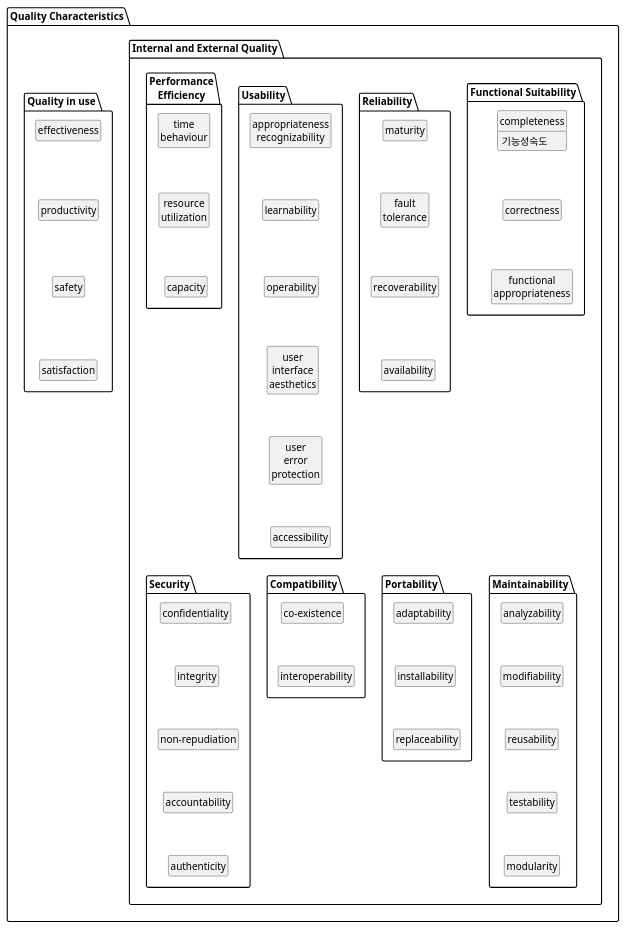
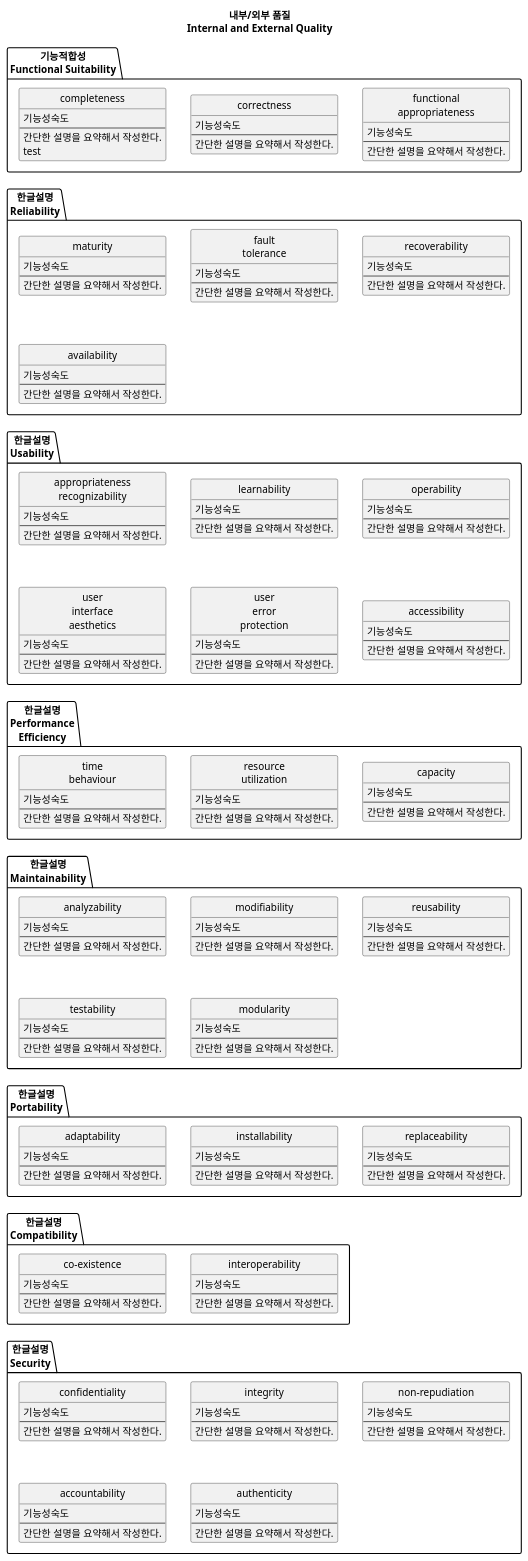
The fifth of 7 diagrams in _drafts/2017/2017-05-23-software-quality.md (vomvoru/vomvoru.github.io), drawn with PlantUML before and after one commit. The commit also changed other lines of this file and 1 other file, not shown here.

````diff
--- a/_drafts/2017/2017-05-23-software-quality.md
+++ b/_drafts/2017/2017-05-23-software-quality.md
@@ -27,105 +100,219 @@
 ```plantuml
 @startuml
 
-package "Quality Characteristics" {
-    package "Internal and External Quality" {
-        package "Functional Suitability" {
-            class "completeness"{
-                기능성숙도
-            }
-            class "correctness"
-            class "functional\nappropriateness"
-        }
-        package "Reliability" {
-            class "maturity"
-            class "fault\ntolerance"
-            class "recoverability"
-            class "availability"
-        }
-        package "Usability" {
-            class "appropriateness\nrecognizability"
-            class "learnability"
-            class "operability"
-            class "user\ninterface\naesthetics"
-            class "user\nerror\nprotection"
-            class "accessibility"
-        }
-        package "Performance\nEfficiency" {
-            class "time\nbehaviour"
-            class "resource\nutilization"
-            class "capacity"
-        }
-        package "Maintainability" {
-            class "analyzability"
-            class "modifiability"
-            class "reusability"
-            class "testability"
-            class "modularity"
-        }
-        package "Portability" {
-            class "adaptability"
-            class "installability"
-            class "replaceability"
-        }
-        package "Compatibility" {
-            class "co-existence"
-            class "interoperability"
-        }
-        package "Security" {
-            class "confidentiality"
-            class "integrity"
-            class "non-repudiation"
-            class "accountability"
-            class "authenticity"
-        }
+Title "내부/외부 품질\nInternal and External Quality"
+
+package "기능적합성\nFunctional Suitability" {
+    class "completeness"{
+        기능성숙도
+        --
+        간단한 설명을 요약해서 작성한다.
+        test
     }
-    package "Quality in use" {
-        class "effectiveness"
-        class "productivity"
-        class "safety"
-        class "satisfaction"
+    class "correctness"{
+        기능성숙도
+        --
+        간단한 설명을 요약해서 작성한다.
+    }
+    class "functional\nappropriateness"{
+        기능성숙도
+        --
+        간단한 설명을 요약해서 작성한다.
+    }
+}
+package "한글설명\nReliability" {
+    class "maturity"{
+        기능성숙도
+        --
+        간단한 설명을 요약해서 작성한다.
+    }
+    class "fault\ntolerance"{
+        기능성숙도
+        --
+        간단한 설명을 요약해서 작성한다.
+    }
+    class "recoverability"{
+        기능성숙도
+        --
+        간단한 설명을 요약해서 작성한다.
+    }
+    class "availability"{
+        기능성숙도
+        --
+        간단한 설명을 요약해서 작성한다.
+    }
+}
+package "한글설명\nUsability" {
+    class "appropriateness\nrecognizability"{
+        기능성숙도
+        --
+        간단한 설명을 요약해서 작성한다.
+    }
+    class "learnability"{
+        기능성숙도
+        --
+        간단한 설명을 요약해서 작성한다.
+    }
+    class "operability"{
+        기능성숙도
+        --
+        간단한 설명을 요약해서 작성한다.
+    }
+    class "user\ninterface\naesthetics"{
+        기능성숙도
+        --
+        간단한 설명을 요약해서 작성한다.
+    }
+    class "user\nerror\nprotection"{
+        기능성숙도
+        --
+        간단한 설명을 요약해서 작성한다.
+    }
+    class "accessibility"{
+        기능성숙도
+        --
+        간단한 설명을 요약해서 작성한다.
+    }
+}
+package "한글설명\nPerformance\nEfficiency" {
+    class "time\nbehaviour"{
+        기능성숙도
+        --
+        간단한 설명을 요약해서 작성한다.
+    }
+    class "resource\nutilization"{
+        기능성숙도
+        --
+        간단한 설명을 요약해서 작성한다.
+    }
+    class "capacity"{
+        기능성숙도
+        --
+        간단한 설명을 요약해서 작성한다.
+    }
+}
+package "한글설명\nMaintainability" {
+    class "analyzability"{
+        기능성숙도
+        --
+        간단한 설명을 요약해서 작성한다.
+    }
+    class "modifiability"{
+        기능성숙도
+        --
+        간단한 설명을 요약해서 작성한다.
+    }
+    class "reusability"{
+        기능성숙도
+        --
+        간단한 설명을 요약해서 작성한다.
+    }
+    class "testability"{
+        기능성숙도
+        --
+        간단한 설명을 요약해서 작성한다.
+    }
+    class "modularity"{
+        기능성숙도
+        --
+        간단한 설명을 요약해서 작성한다.
+    }
+}
+package "한글설명\nPortability" {
+    class "adaptability"{
+        기능성숙도
+        --
+        간단한 설명을 요약해서 작성한다.
+    }
+    class "installability"{
+        기능성숙도
+        --
+        간단한 설명을 요약해서 작성한다.
+    }
+    class "replaceability"{
+        기능성숙도
+        --
+        간단한 설명을 요약해서 작성한다.
+    }
+}
+package "한글설명\nCompatibility" {
+    class "co-existence"{
+        기능성숙도
+        --
+        간단한 설명을 요약해서 작성한다.
+    }
+    class "interoperability"{
+        기능성숙도
+        --
+        간단한 설명을 요약해서 작성한다.
+    }
+}
+package "한글설명\nSecurity" {
+    class "confidentiality"{
+        기능성숙도
+        --
+        간단한 설명을 요약해서 작성한다.
+    }
+    class "integrity"{
+        기능성숙도
+        --
+        간단한 설명을 요약해서 작성한다.
+    }
+    class "non-repudiation"{
+        기능성숙도
+        --
+        간단한 설명을 요약해서 작성한다.
+    }
+    class "accountability"{
+        기능성숙도
+        --
+        간단한 설명을 요약해서 작성한다.
+    }
+    class "authenticity"{
+        기능성숙도
+        --
+        간단한 설명을 요약해서 작성한다.
     }
 }
 
-"effectiveness" -[hidden]-> "productivity"
-"productivity" -[hidden]-> "safety"
-"safety" -[hidden]-> "satisfaction"
+"completeness" -[hidden]right-> "correctness"
+"correctness" -[hidden]right-> "functional\nappropriateness"
 
-"completeness" -[hidden]-> "correctness"
-"correctness" -[hidden]-> "functional\nappropriateness"
+"maturity" -[hidden]right-> "fault\ntolerance"
+"fault\ntolerance" -[hidden]right-> "recoverability"
+"maturity" -[hidden]down-> "availability"
 
-"maturity" -[hidden]-> "fault\ntolerance"
-"fault\ntolerance" -[hidden]-> "recoverability"
-"recoverability" -[hidden]-> "availability"
+"appropriateness\nrecognizability" -[hidden]right-> "learnability"
+"learnability" -[hidden]right-> "operability"
+"appropriateness\nrecognizability" -[hidden]down-> "user\ninterface\naesthetics"
+"user\ninterface\naesthetics" -[hidden]right-> "user\nerror\nprotection"
+"user\nerror\nprotection" -[hidden]right-> "accessibility"
 
-"appropriateness\nrecognizability" -[hidden]-> "learnability"
-"learnability" -[hidden]-> "operability"
-"operability" -[hidden]-> "user\ninterface\naesthetics"
-"user\ninterface\naesthetics" -[hidden]-> "user\nerror\nprotection"
-"user\nerror\nprotection" -[hidden]-> "accessibility"
+"time\nbehaviour" -[hidden]right-> "resource\nutilization"
+"resource\nutilization" -[hidden]right-> "capacity"
 
-"time\nbehaviour" -[hidden]-> "resource\nutilization"
-"resource\nutilization" -[hidden]-> "capacity"
+"analyzability" -[hidden]right-> "modifiability"
+"modifiability" -[hidden]right-> "reusability"
+"analyzability" -[hidden]down-> "testability"
+"testability" -[hidden]right-> "modularity"
 
-"analyzability" -[hidden]-> "modifiability"
-"modifiability" -[hidden]-> "reusability"
-"reusability" -[hidden]-> "testability"
-"testability" -[hidden]-> "modularity"
+"adaptability" -[hidden]right-> "installability"
+"installability" -[hidden]right-> "replaceability"
 
-"adaptability" -[hidden]-> "installability"
-"installability" -[hidden]-> "replaceability"
+"co-existence" -[hidden]right-> "interoperability"
 
-"co-existence" -[hidden]-> "interoperability"
+"confidentiality" -[hidden]right-> "integrity"
+"integrity" -[hidden]right-> "non-repudiation"
+"confidentiality" -[hidden]down-> "accountability"
+"accountability" -[hidden]right-> "authenticity"
 
-"confidentiality" -[hidden]-> "integrity"
-"integrity" -[hidden]-> "non-repudiation"
-"non-repudiation" -[hidden]-> "accountability"
-"accountability" -[hidden]-> "authenticity"
-
-"functional\nappropriateness" -[hidden]----> "analyzability"
-"availability" -[hidden]---> "adaptability"
-"accessibility" -[hidden]-> "co-existence"
-"capacity" -[hidden]----> "confidentiality"
+"completeness" -[hidden]down-> "maturity"
+"availability" -[hidden]down-> "appropriateness\nrecognizability"
+"user\ninterface\naesthetics" -[hidden]down-> "time\nbehaviour"
+"time\nbehaviour" -[hidden]down-> "analyzability"
+"testability" -[hidden]down-> "adaptability"
+"adaptability" -[hidden]down-> "co-existence"
+"co-existence" -[hidden]down-> "confidentiality"
 
 hide empty fields
 hide empty methods
````
